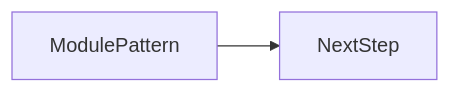
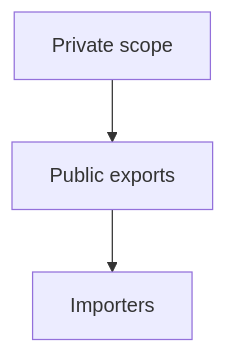
Before and after one commit to OmidJavaherii/Frontend-Engineering-Handbook: the second of 3 diagrams in docs/en/22-design-patterns/module-pattern/index.md, drawn with Mermaid. The commit also changed other lines of this file and 461 other files, not shown here.

````diff
--- a/docs/en/22-design-patterns/module-pattern/index.md
+++ b/docs/en/22-design-patterns/module-pattern/index.md
@@ -95,4 +119,5 @@
 ```mermaid
-flowchart LR
-  concept[ModulePattern] --> nextStep[NextStep]
+flowchart TD
+  n0[Private scope] --> n1[Public exports]
+  n1[Public exports] --> n2[Importers]
 ```
````
